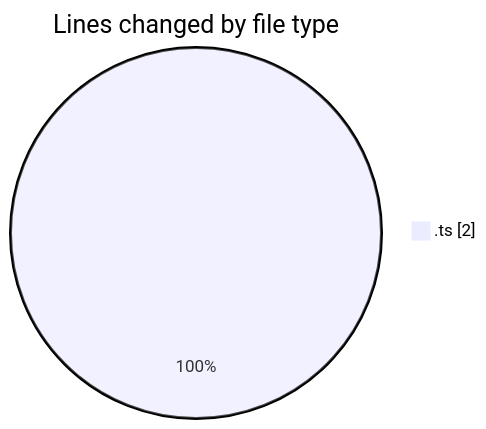
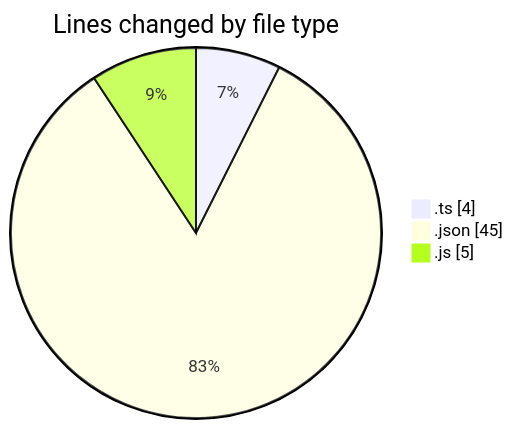
Before and after one commit to igalym/code-tracking: the first of 2 diagrams in 2026-03-02/typescript/README.md, drawn with Mermaid. The commit also changed other lines of this file and 1 other file, not shown here.

````diff
--- a/2026-03-02/typescript/README.md
+++ b/2026-03-02/typescript/README.md
@@ -20,5 +23,7 @@
 ```mermaid
 pie showData
 title Lines changed by file type
-".ts" : 2
+".ts" : 4
+".json" : 45
+".js" : 5
 ```
````
